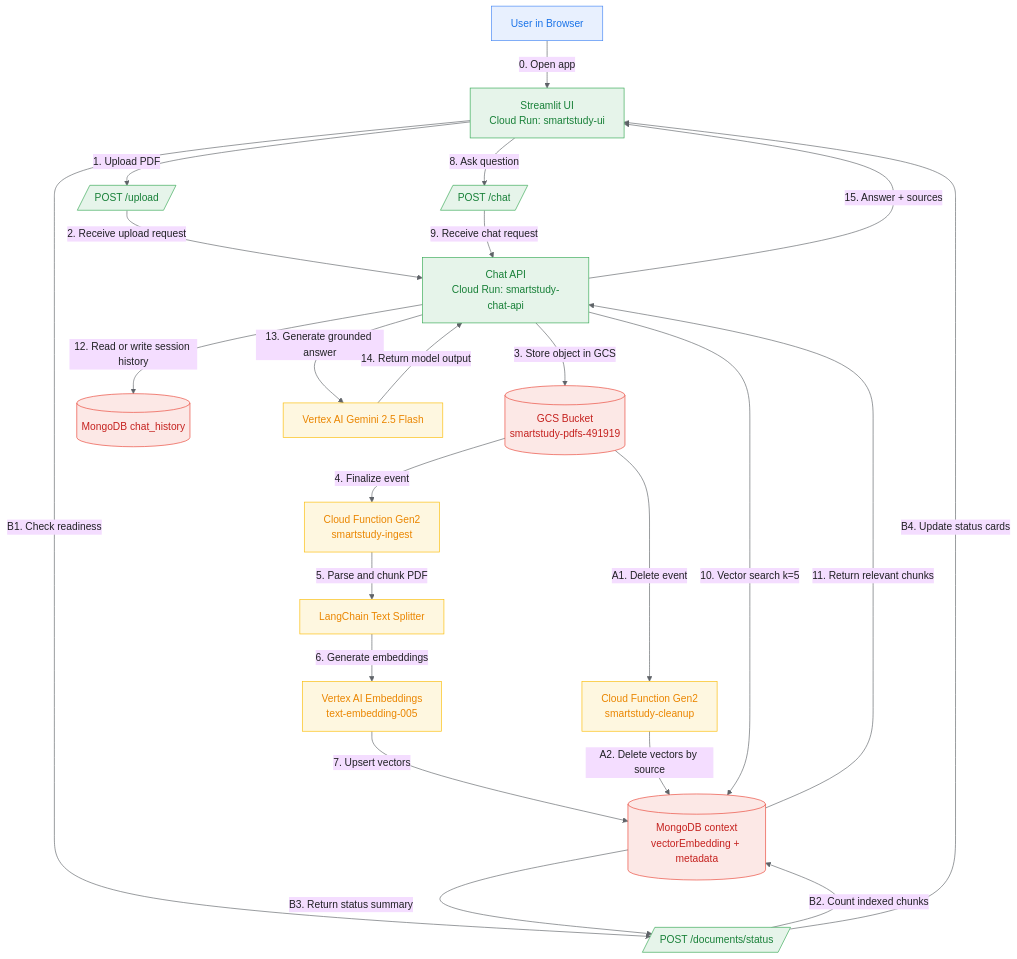
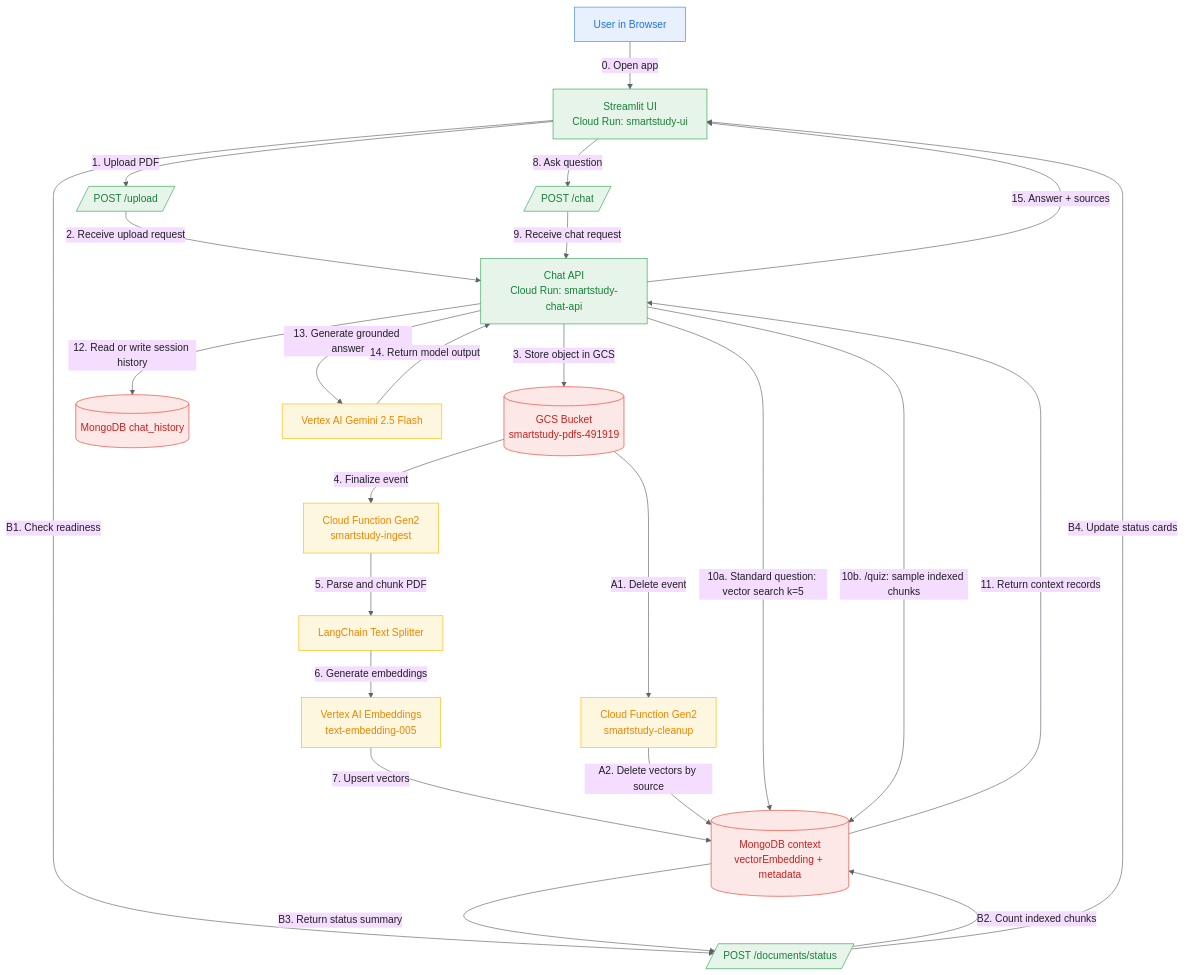
Before and after one commit to DanielMortada/cloud-computing-project: the diagram in docs/architecture-dev.md, drawn with Mermaid. The commit also changed other lines of this file and 6 other files, not shown here.

````diff
--- a/docs/architecture-dev.md
+++ b/docs/architecture-dev.md
@@ -44,41 +46,42 @@
 ```mermaid
 %%{init: {"theme":"base","themeVariables":{"primaryTextColor":"#202124","lineColor":"#5F6368","fontFamily":"Arial"}}}%%
 flowchart TD
     U[User in Browser] -->|0. Open app| UI[Streamlit UI<br/>Cloud Run: smartstudy-ui]
 
     UI -->|1. Upload PDF| UP[/POST /upload/]
     UP -->|2. Receive upload request| API[Chat API<br/>Cloud Run: smartstudy-chat-api]
     API -->|3. Store object in GCS| GCS[(GCS Bucket<br/>smartstudy-pdfs-491919)]
 
     GCS -->|4. Finalize event| INGEST[Cloud Function Gen2<br/>smartstudy-ingest]
     INGEST -->|5. Parse and chunk PDF| CHUNKS[LangChain Text Splitter]
     CHUNKS -->|6. Generate embeddings| EMB[Vertex AI Embeddings<br/>text-embedding-005]
     EMB -->|7. Upsert vectors| CTX[(MongoDB context<br/>vectorEmbedding + metadata)]
 
     GCS -->|A1. Delete event| CLEAN[Cloud Function Gen2<br/>smartstudy-cleanup]
     CLEAN -->|A2. Delete vectors by source| CTX
 
     UI -->|B1. Check readiness| STAT[/POST /documents/status/]
     STAT -->|B2. Count indexed chunks| CTX
     CTX -->|B3. Return status summary| STAT
     STAT -->|B4. Update status cards| UI
 
     UI -->|8. Ask question| CHAT[/POST /chat/]
     CHAT -->|9. Receive chat request| API
-    API -->|10. Vector search k=5| CTX
-    CTX -->|11. Return relevant chunks| API
+    API -->|10a. Standard question: vector search k=5| CTX
+    API -->|10b. /quiz: sample indexed chunks| CTX
+    CTX -->|11. Return context records| API
     API -->|12. Read or write session history| HIST[(MongoDB chat_history)]
     API -->|13. Generate grounded answer| LLM[Vertex AI Gemini 2.5 Flash]
     LLM -->|14. Return model output| API
     API -->|15. Answer + sources| UI
 
     classDef user fill:#E8F0FE,stroke:#4285F4,color:#1A73E8,stroke-width:1px;
     classDef service fill:#E6F4EA,stroke:#34A853,color:#188038,stroke-width:1px;
     classDef compute fill:#FEF7E0,stroke:#FBBC05,color:#EA8600,stroke-width:1px;
     classDef data fill:#FCE8E6,stroke:#EA4335,color:#C5221F,stroke-width:1px;
 
     class U user;
     class UI,API,UP,CHAT,STAT service;
     class INGEST,CLEAN,CHUNKS,EMB,LLM compute;
     class GCS,CTX,HIST data;
 ```
````
